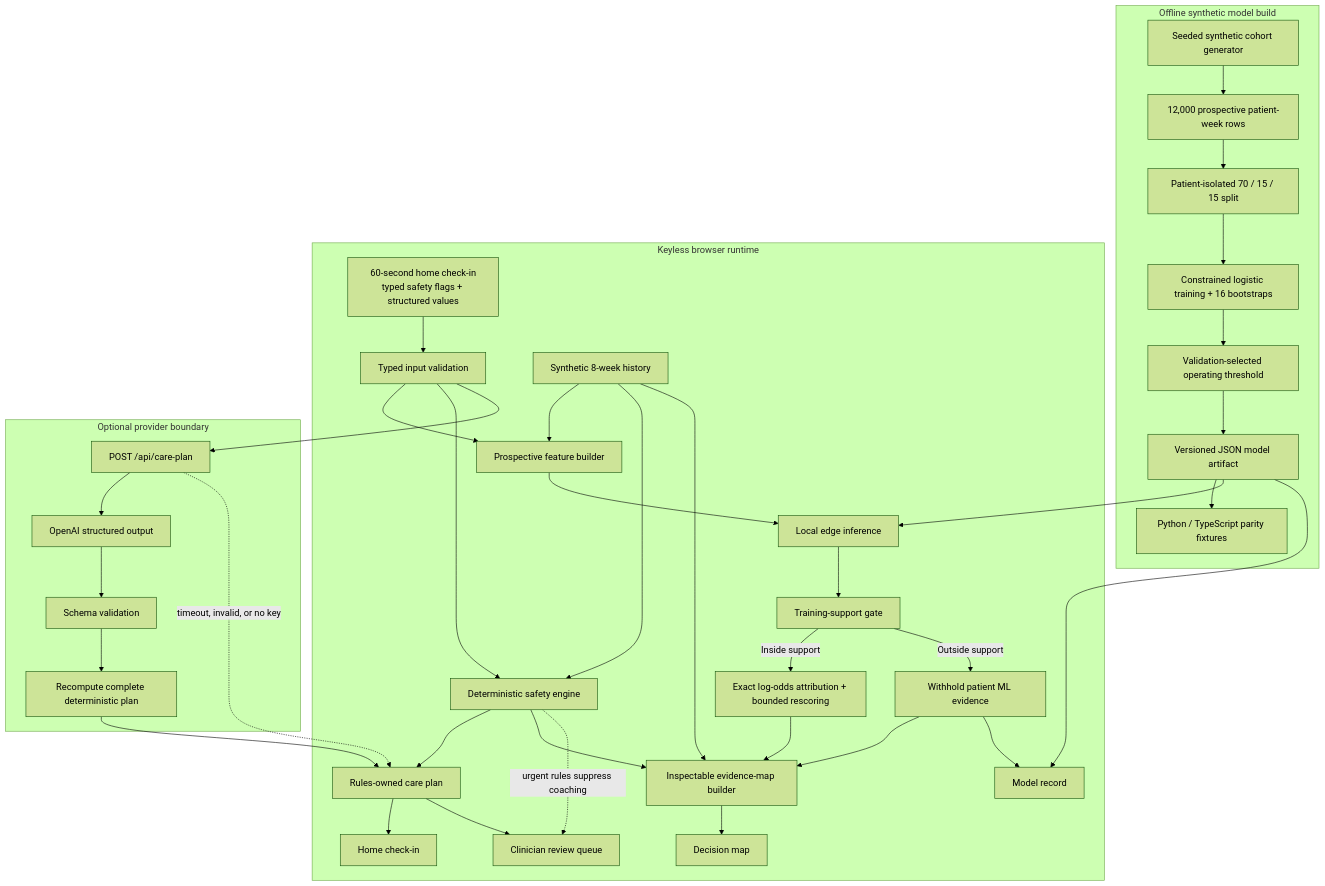
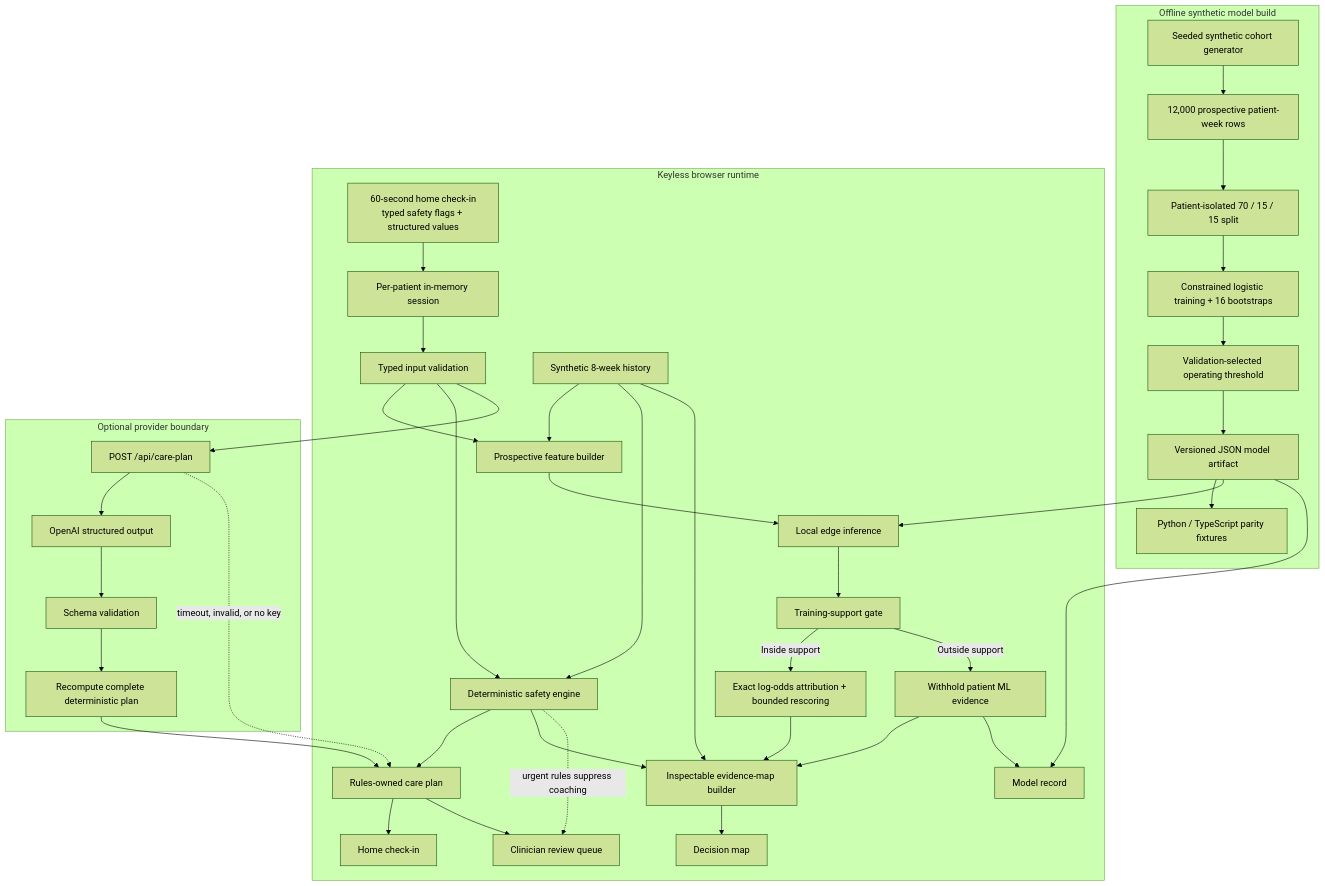
The first of 2 diagrams in docs/architecture.md (kevinmeix1/adherence-os), drawn with Mermaid (forest theme) before and after one commit. The commit also changed other lines of this file and 9 other files, not shown here.

````diff
--- a/docs/architecture.md
+++ b/docs/architecture.md
@@ -7,47 +7,48 @@
 ```mermaid
 flowchart TB
     subgraph Build["Offline synthetic model build"]
         Seed["Seeded synthetic cohort generator"] --> Cohort["12,000 prospective patient-week rows"]
         Cohort --> Split["Patient-isolated 70 / 15 / 15 split"]
         Split --> Train["Constrained logistic training + 16 bootstraps"]
         Train --> Select["Validation-selected operating threshold"]
         Select --> Artifact["Versioned JSON model artifact"]
         Artifact --> Parity["Python / TypeScript parity fixtures"]
     end
 
     subgraph Runtime["Keyless browser runtime"]
-        CheckIn["60-second home check-in<br/>typed safety flags + structured values"] --> Validate["Typed input validation"]
+        CheckIn["60-second home check-in<br/>typed safety flags + structured values"] --> Session["Per-patient in-memory session"]
+        Session --> Validate["Typed input validation"]
         History["Synthetic 8-week history"] --> Features["Prospective feature builder"]
         Validate --> Features
         Features --> Model["Local edge inference"]
         Artifact --> Model
         Model --> Support["Training-support gate"]
         Support -->|Inside support| Explain["Exact log-odds attribution + bounded rescoring"]
         Support -->|Outside support| Abstain["Withhold patient ML evidence"]
 
         Validate --> Safety["Deterministic safety engine"]
         History --> Safety
         Safety --> Plan["Rules-owned care plan"]
 
         Explain --> Graph["Inspectable evidence-map builder"]
         Abstain --> Graph
         Safety --> Graph
         History --> Graph
         Graph --> Live["Decision map"]
         Plan --> Patient["Home check-in"]
         Plan --> Queue["Clinician review queue"]
         Artifact --> Lab["Model record"]
         Abstain --> Lab
     end
 
     subgraph Optional["Optional provider boundary"]
         API["POST /api/care-plan"] --> LLM["OpenAI structured output"]
         LLM --> Schema["Schema validation"]
         Schema --> Recompute["Recompute complete deterministic plan"]
     end
 
     Validate --> API
     Recompute --> Plan
     API -. "timeout, invalid, or no key" .-> Plan
     Safety -. "urgent rules suppress coaching" .-> Queue
 ```
````
